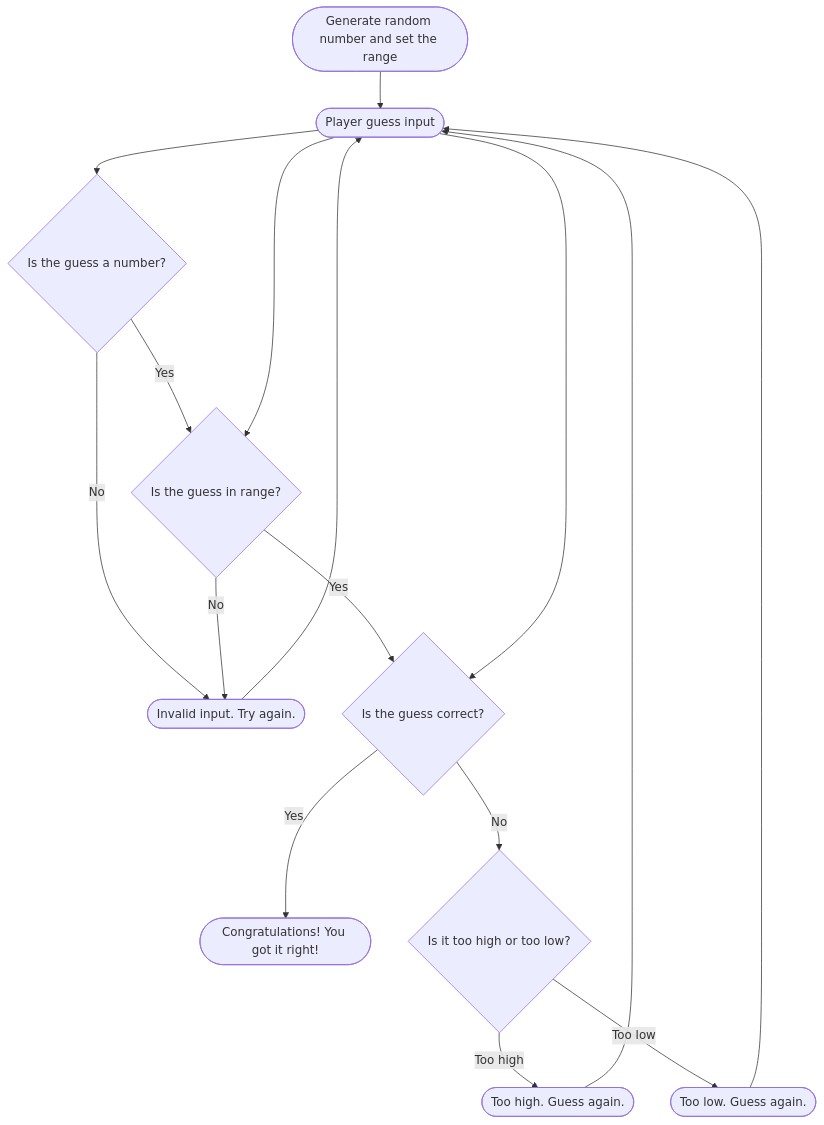
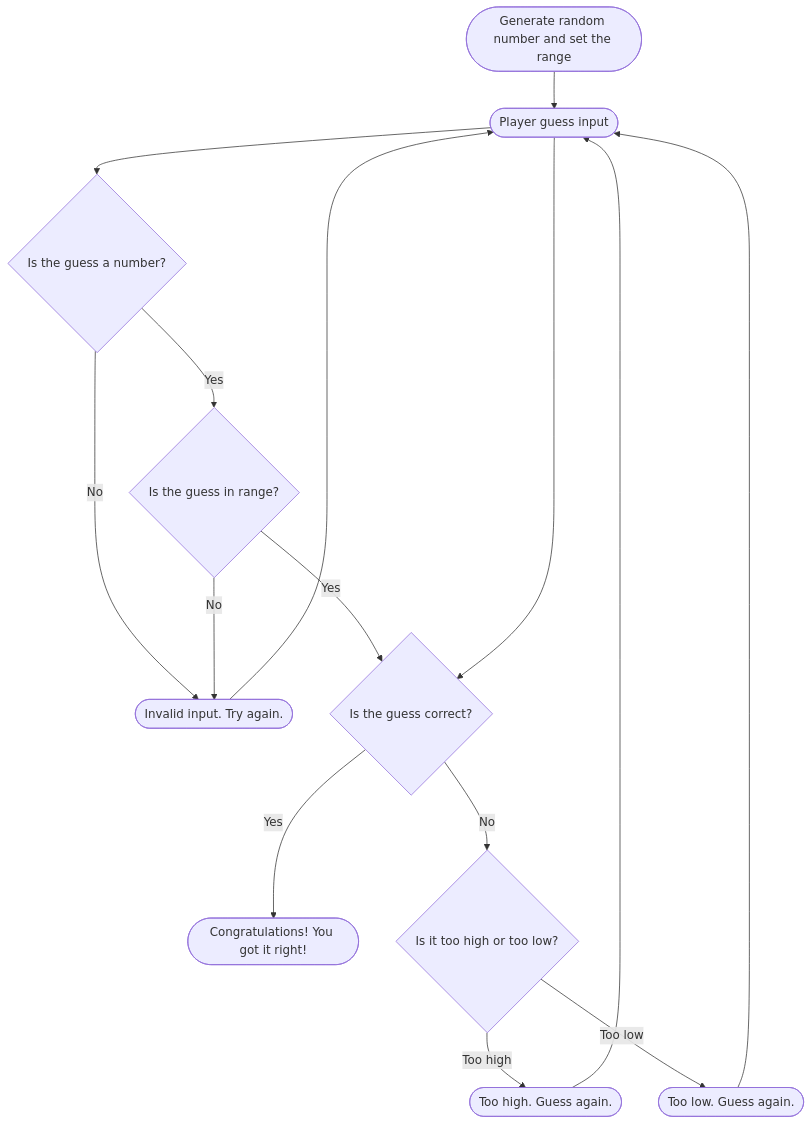
Before and after one commit to bronsonacademy/bronsonacademy.github.io: the diagram in Guessing.md, drawn with Mermaid.

````diff
--- a/Guessing.md
+++ b/Guessing.md
@@ -4,15 +4,14 @@
 ```mermaid
 flowchart TD
  A([Generate random number and set the range]) --> B([Player guess input])
  B --> H@{ shape: diamond, label: "Is the guess a number?" }
- H -- Yes --> J
+ H -- Yes --> J@{ shape: diamond, label: "Is the guess in range?" }
  H -- No --> I([Invalid input. Try again.]) --> B
- B --> J@{ shape: diamond, label: "Is the guess in range?" }
  J -- Yes --> C
  J -- No --> I
  B --> C@{ shape: diamond, label: "Is the guess correct?" }
  C -- Yes --> D([Congratulations! You got it right!])
  C -- No --> E@{ shape: diamond, label: "Is it too high or too low?" }
  E -- Too high --> F([Too high. Guess again.]) --> B
  E -- Too low --> G([Too low. Guess again.]) --> B
 ```
````
